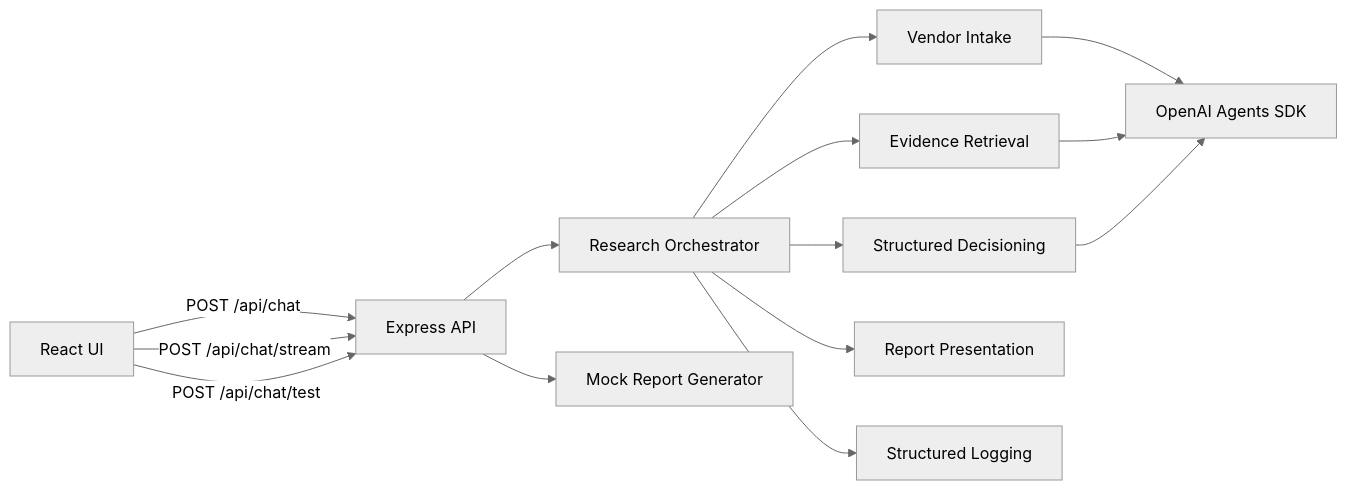
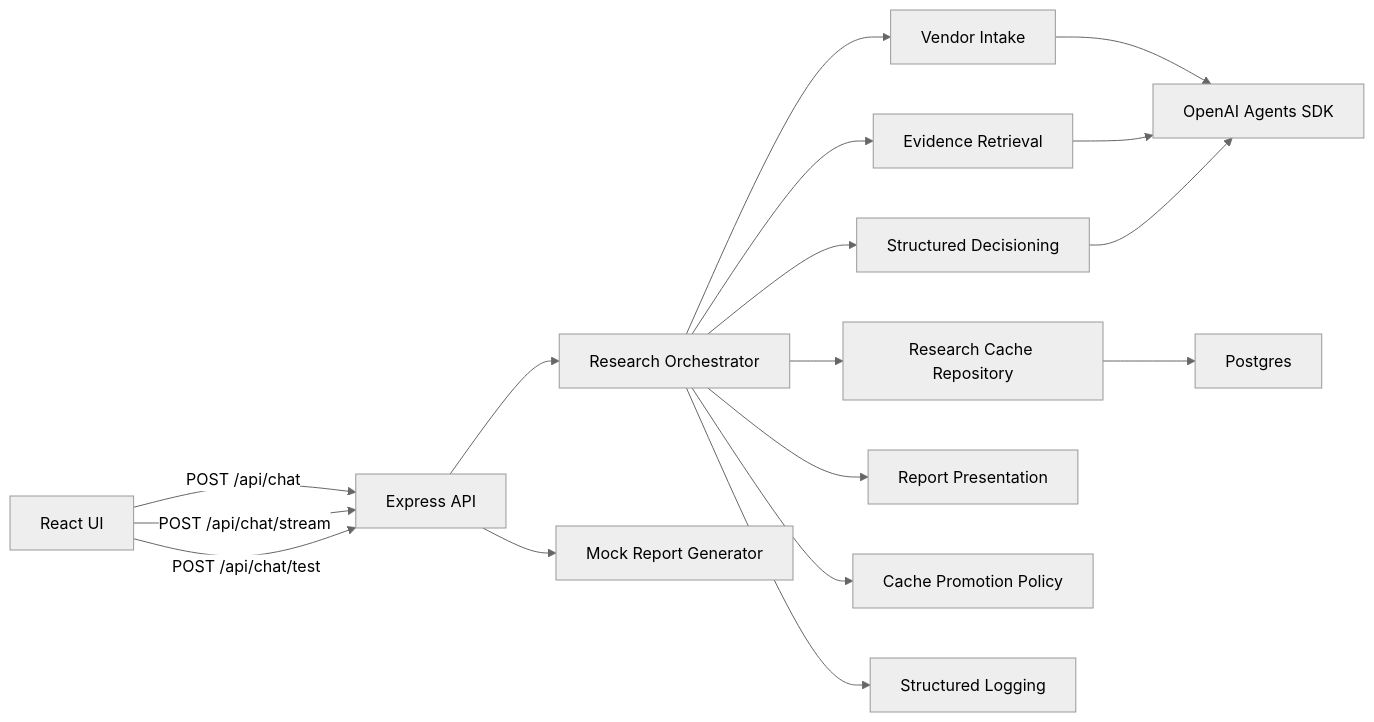
The third of 6 diagrams in architecture.md (srinivasrowdur/ArchReviewAgent), drawn with Mermaid (neutral theme) before and after one commit. The commit also changed other lines of this file and 17 other files, not shown here.

Commit message:
Add Postgres research cache and refresh flow

````diff
--- a/architecture.md
+++ b/architecture.md
@@ -183,19 +200,22 @@
 ```mermaid
 flowchart LR
   UI["React UI"] -->|"POST /api/chat"| API["Express API"]
   UI -->|"POST /api/chat/stream"| API
   UI -->|"POST /api/chat/test"| API
 
   API --> ORCH["Research Orchestrator"]
   API --> MOCK["Mock Report Generator"]
 
   ORCH --> INTAKE["Vendor Intake"]
+  ORCH --> CACHE["Research Cache Repository"]
   ORCH --> RETRIEVE["Evidence Retrieval"]
   ORCH --> DECIDE["Structured Decisioning"]
   ORCH --> PRESENT["Report Presentation"]
+  ORCH --> POLICY["Cache Promotion Policy"]
   ORCH --> LOG["Structured Logging"]
 
   INTAKE --> OPENAI["OpenAI Agents SDK"]
   RETRIEVE --> OPENAI
   DECIDE --> OPENAI
+  CACHE --> DB["Postgres"]
 ```
````
